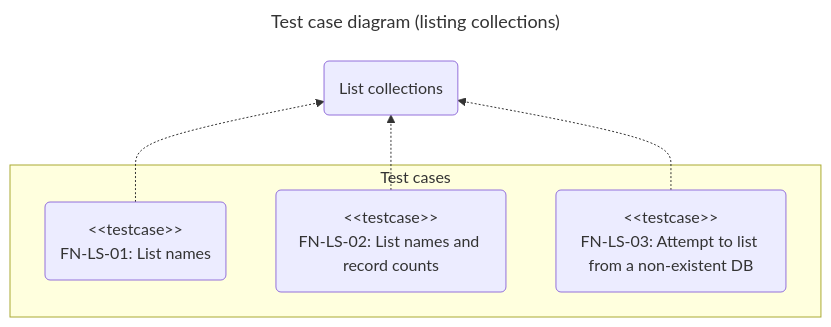
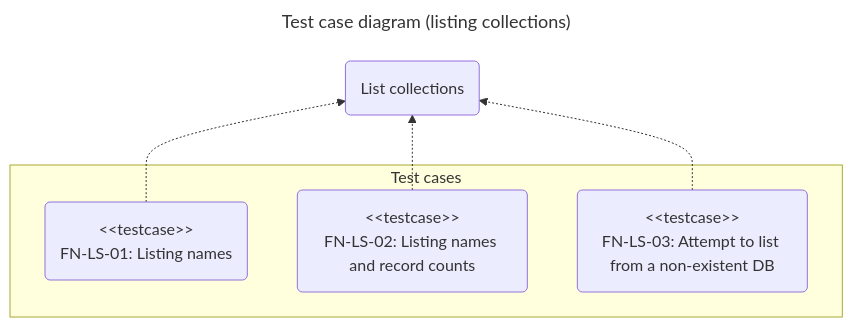
Before and after one commit to chromiodev/chromie-tool: the first of 8 diagrams in docs/spec/tests/functional.en.md, drawn with Mermaid. The commit also changed other lines of this file and 9 other files, not shown here.

````diff
--- a/docs/spec/tests/functional.en.md
+++ b/docs/spec/tests/functional.en.md
@@ -49,21 +49,21 @@
 ```mermaid
 ---
 title: Test case diagram (listing collections)
 config:
 ---
 
 graph BT
   %% use cases
   listColls@{ shape: "rounded", label: "List collections" }
 
   subgraph "Test cases"
-    listCollNames@{ shape: "rounded", label: "#lt;#lt;testcase>><br>FN-LS-01: List names" }
-    listCollNamesAndCount@{ shape: "rounded", label: "#lt;#lt;testcase>><br>FN-LS-02: List names and record counts" }
+    listCollNames@{ shape: "rounded", label: "#lt;#lt;testcase>><br>FN-LS-01: Listing names" }
+    listCollNamesAndCount@{ shape: "rounded", label: "#lt;#lt;testcase>><br>FN-LS-02: Listing names and record counts" }
     listOnUnknownServer@{ shape: "rounded", label: "#lt;#lt;testcase>><br>FN-LS-03: Attempt to list from a non-existent DB" }
   end
 
 
   listCollNames -.-> listColls
   listCollNamesAndCount -.-> listColls
   listOnUnknownServer -.-> listColls
 ```
````
